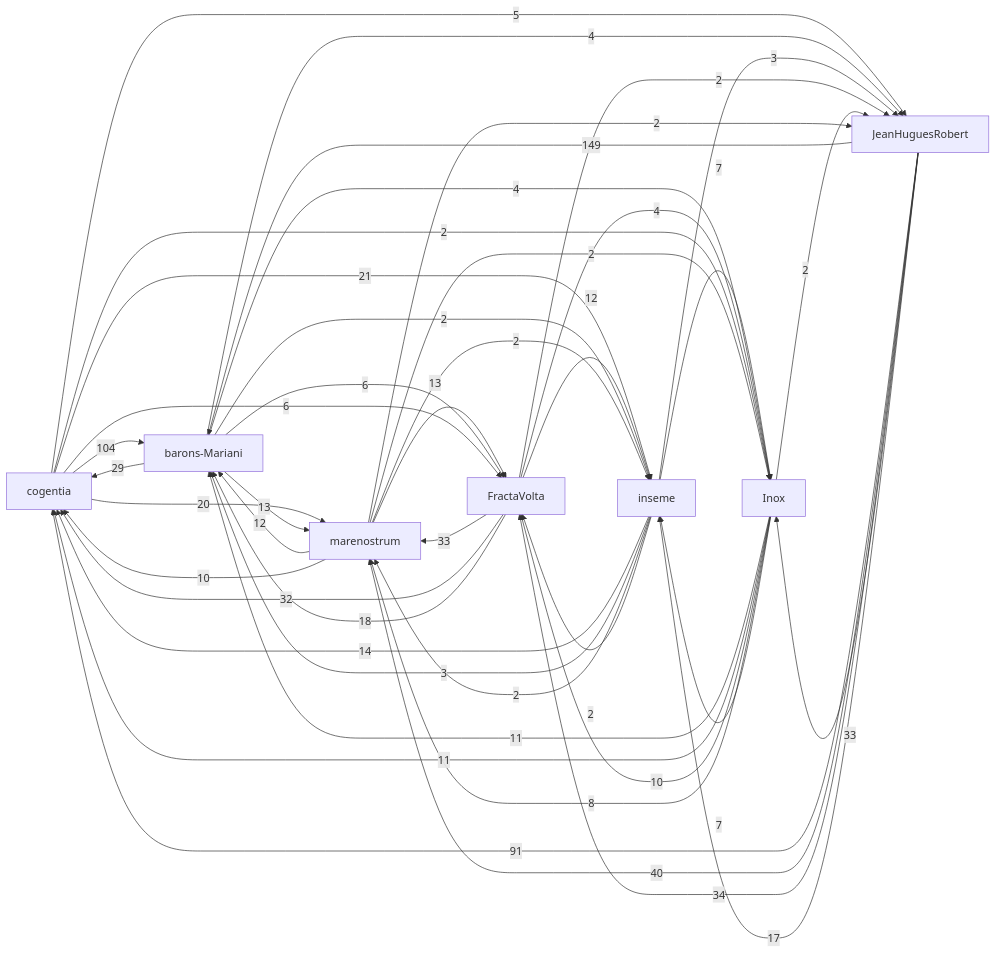
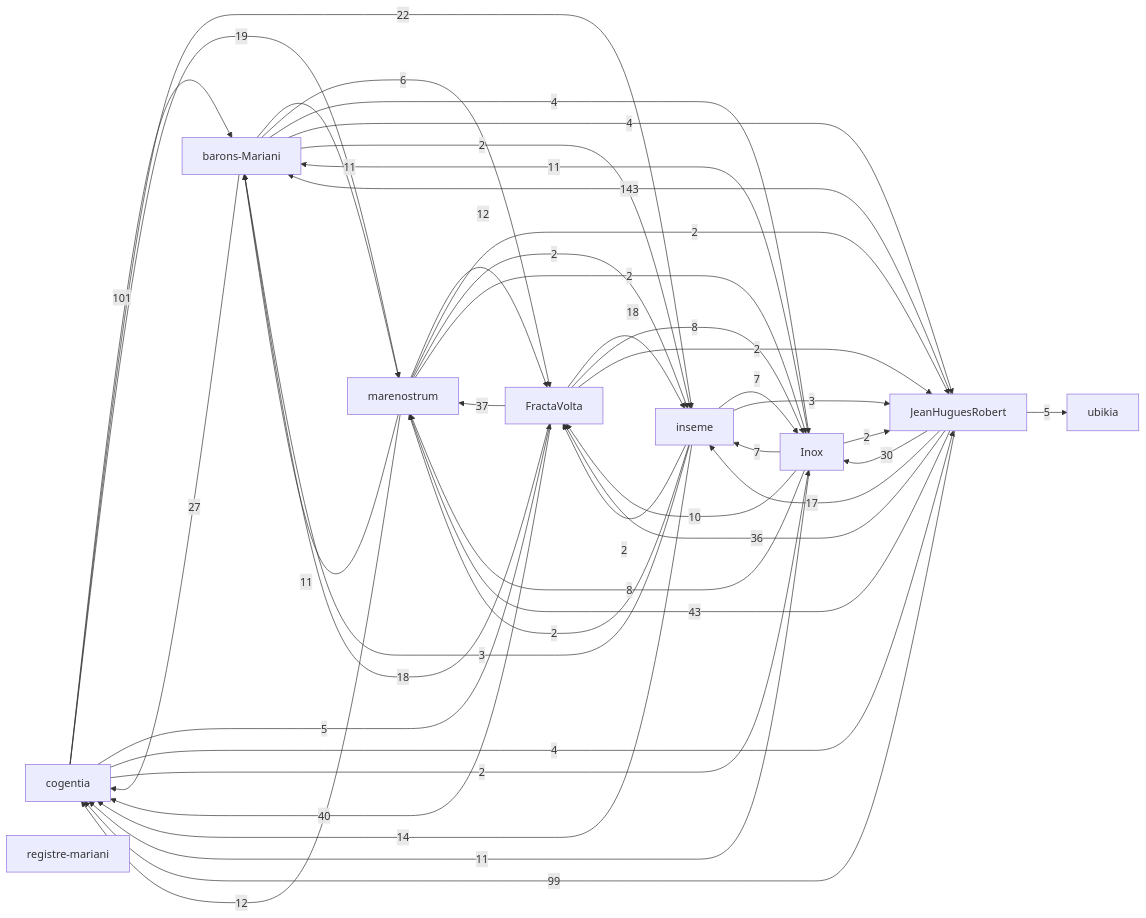
The diagram in research/corpus-status.md (JeanHuguesRobert/JeanHuguesRobert), drawn with Mermaid before and after one commit. The commit also changed other lines of this file and 2 other files, not shown here.

````diff
--- a/research/corpus-status.md
+++ b/research/corpus-status.md
@@ -40,52 +42,55 @@
 ```mermaid
 graph LR
   r_cogentia["cogentia"]
   r_fractavolta["FractaVolta"]
   r_marenostrum["marenostrum"]
   r_barons_mariani["barons-Mariani"]
   r_inseme["inseme"]
   r_inox["Inox"]
+  r_registre_mariani["registre-mariani"]
+  r_ubikia["ubikia"]
   r_jeanhuguesrobert["JeanHuguesRobert"]
-  r_jeanhuguesrobert -->|149| r_barons_mariani
-  r_cogentia -->|104| r_barons_mariani
-  r_jeanhuguesrobert -->|91| r_cogentia
-  r_jeanhuguesrobert -->|40| r_marenostrum
-  r_jeanhuguesrobert -->|34| r_fractavolta
-  r_fractavolta -->|33| r_marenostrum
-  r_jeanhuguesrobert -->|33| r_inox
-  r_fractavolta -->|32| r_cogentia
-  r_barons_mariani -->|29| r_cogentia
-  r_cogentia -->|21| r_inseme
-  r_cogentia -->|20| r_marenostrum
+  r_jeanhuguesrobert -->|143| r_barons_mariani
+  r_cogentia -->|101| r_barons_mariani
+  r_jeanhuguesrobert -->|99| r_cogentia
+  r_jeanhuguesrobert -->|43| r_marenostrum
+  r_fractavolta -->|40| r_cogentia
+  r_fractavolta -->|37| r_marenostrum
+  r_jeanhuguesrobert -->|36| r_fractavolta
+  r_jeanhuguesrobert -->|30| r_inox
+  r_barons_mariani -->|27| r_cogentia
+  r_cogentia -->|22| r_inseme
+  r_cogentia -->|19| r_marenostrum
+  r_fractavolta -->|18| r_inseme
   r_fractavolta -->|18| r_barons_mariani
   r_jeanhuguesrobert -->|17| r_inseme
   r_inseme -->|14| r_cogentia
-  r_barons_mariani -->|13| r_marenostrum
-  r_marenostrum -->|13| r_fractavolta
-  r_fractavolta -->|12| r_inseme
-  r_marenostrum -->|12| r_barons_mariani
+  r_marenostrum -->|12| r_fractavolta
+  r_marenostrum -->|12| r_cogentia
+  r_barons_mariani -->|11| r_marenostrum
   r_inox -->|11| r_barons_mariani
   r_inox -->|11| r_cogentia
+  r_marenostrum -->|11| r_barons_mariani
   r_inox -->|10| r_fractavolta
-  r_marenostrum -->|10| r_cogentia
+  r_fractavolta -->|8| r_inox
   r_inox -->|8| r_marenostrum
   r_inox -->|7| r_inseme
   r_inseme -->|7| r_inox
   r_barons_mariani -->|6| r_fractavolta
-  r_cogentia -->|6| r_fractavolta
-  r_cogentia -->|5| r_jeanhuguesrobert
+  r_cogentia -->|5| r_fractavolta
+  r_jeanhuguesrobert -->|5| r_ubikia
   r_barons_mariani -->|4| r_inox
   r_barons_mariani -->|4| r_jeanhuguesrobert
-  r_fractavolta -->|4| r_inox
+  r_cogentia -->|4| r_jeanhuguesrobert
   r_inseme -->|3| r_barons_mariani
   r_inseme -->|3| r_jeanhuguesrobert
   r_barons_mariani -->|2| r_inseme
   r_cogentia -->|2| r_inox
   r_fractavolta -->|2| r_jeanhuguesrobert
   r_inox -->|2| r_jeanhuguesrobert
   r_inseme -->|2| r_marenostrum
   r_inseme -->|2| r_fractavolta
   r_marenostrum -->|2| r_jeanhuguesrobert
   r_marenostrum -->|2| r_inseme
   r_marenostrum -->|2| r_inox
 ```
````
